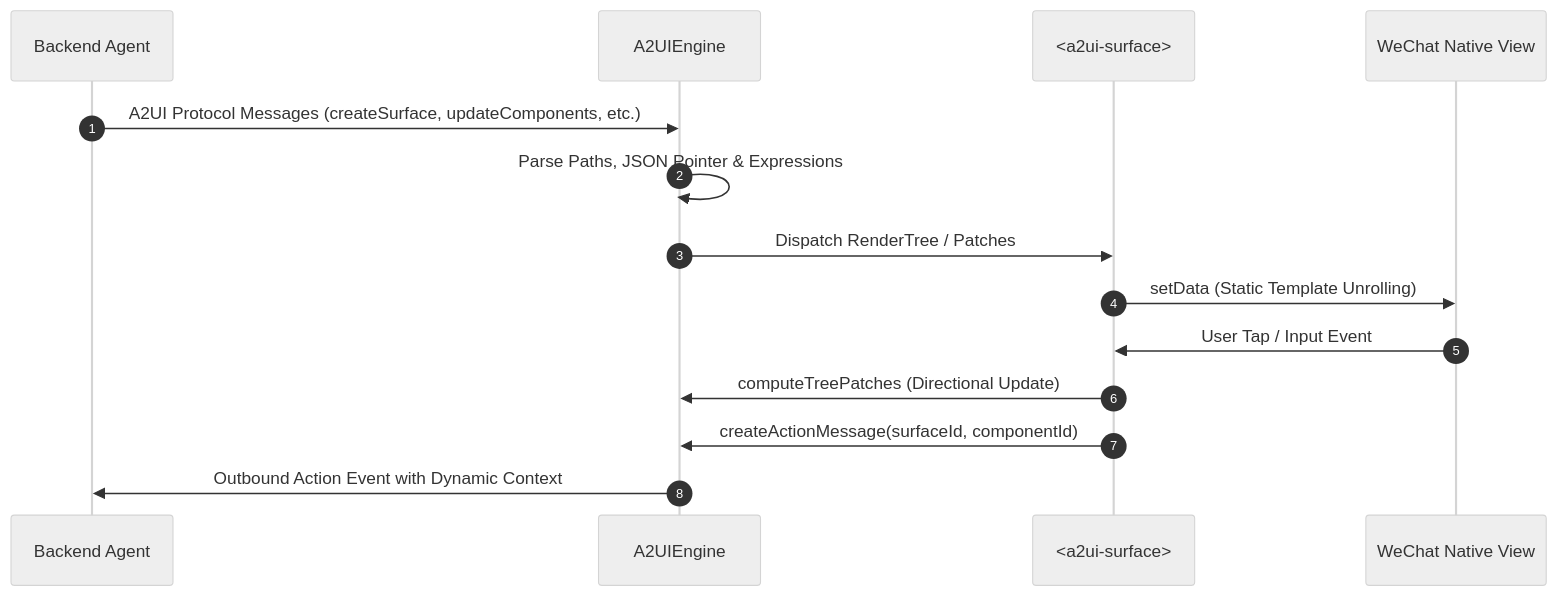
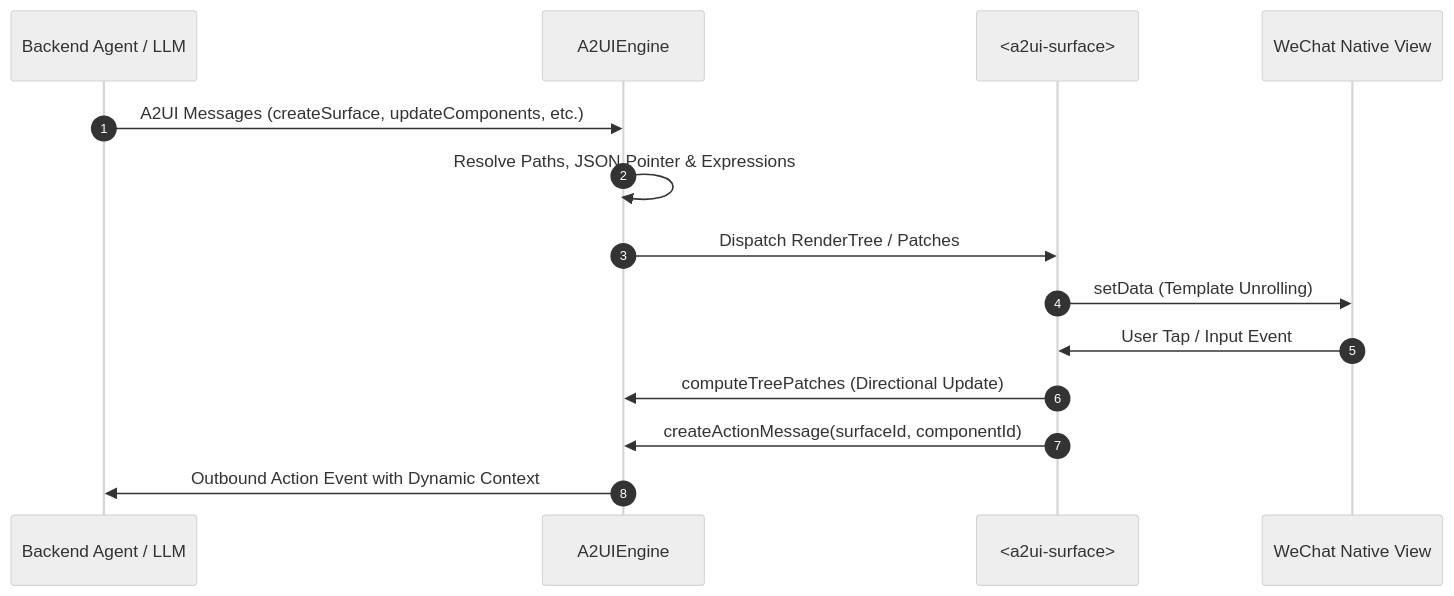
The diagram in README.md (lbb00/a2ui-miniprogram), drawn with Mermaid (neutral theme) before and after one commit. The commit also changed other lines of this file and 3 other files, not shown here.

````diff
--- a/README.md
+++ b/README.md
@@ -34,17 +35,17 @@
 ```mermaid
 sequenceDiagram
     autonumber
-    participant Agent as Backend Agent
+    participant Agent as Backend Agent / LLM
     participant Engine as A2UIEngine
     participant Surface as <a2ui-surface>
     participant Native as WeChat Native View
 
-    Agent->>Engine: A2UI Protocol Messages (createSurface, updateComponents, etc.)
-    Engine->>Engine: Parse Paths, JSON Pointer & Expressions
+    Agent->>Engine: A2UI Messages (createSurface, updateComponents, etc.)
+    Engine->>Engine: Resolve Paths, JSON Pointer & Expressions
     Engine->>Surface: Dispatch RenderTree / Patches
-    Surface->>Native: setData (Static Template Unrolling)
+    Surface->>Native: setData (Template Unrolling)
     Native->>Surface: User Tap / Input Event
     Surface->>Engine: computeTreePatches (Directional Update)
     Surface->>Engine: createActionMessage(surfaceId, componentId)
     Engine->>Agent: Outbound Action Event with Dynamic Context
 ```
````
